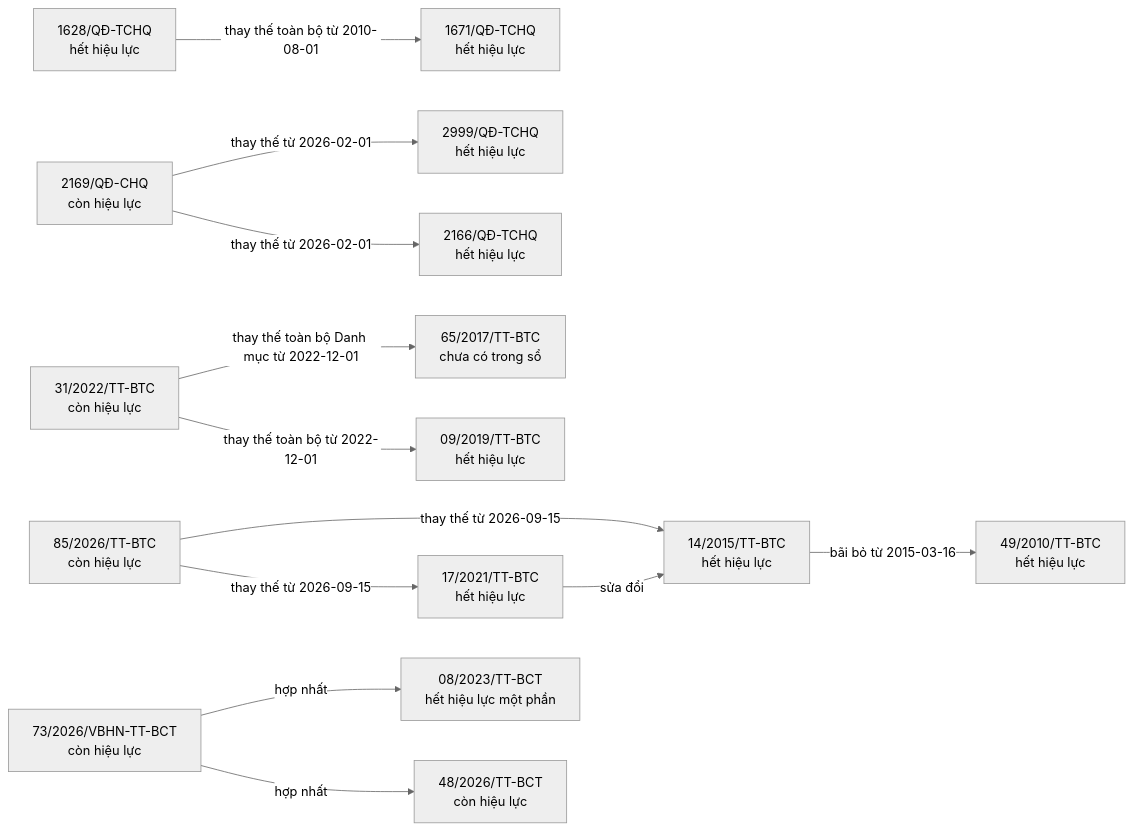
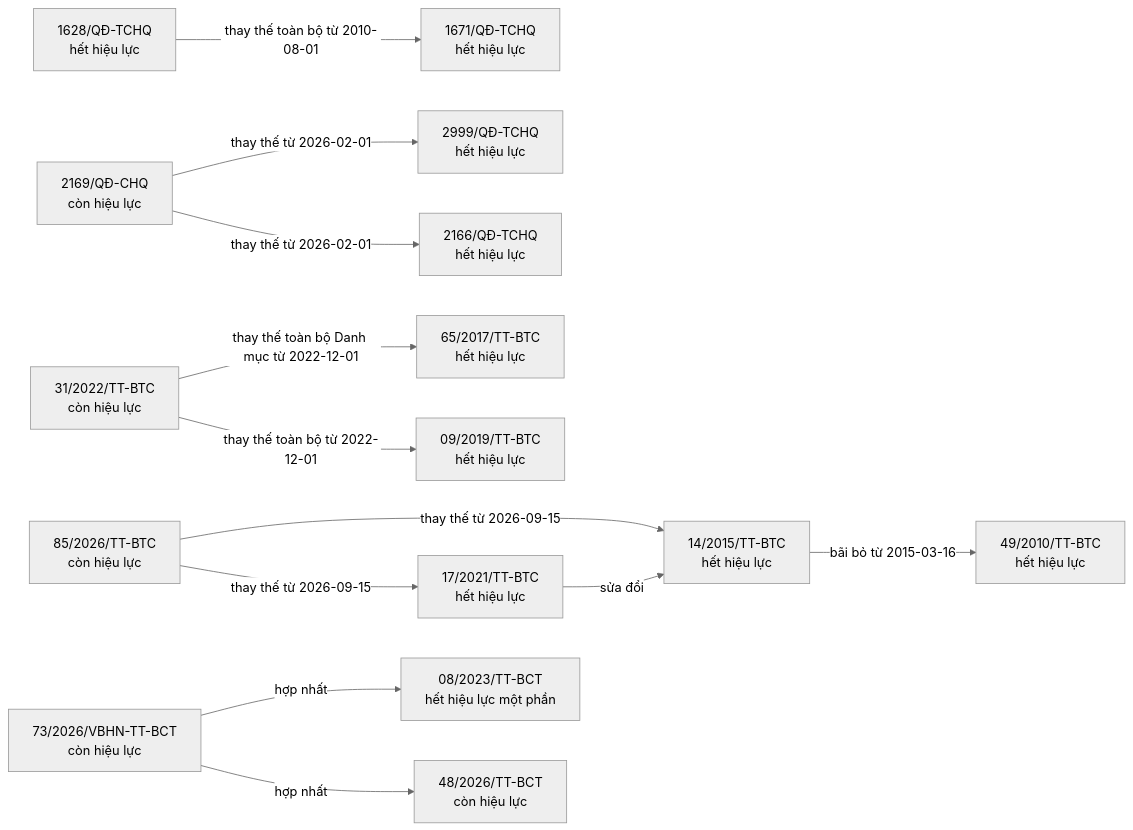
Before and after one commit to ozvietnam/oz-wiki-plhq: the fifth of 10 diagrams in bao-cao/quan-he.md, drawn with Mermaid (neutral theme). The commit also changed other lines of this file and 5 other files, not shown here.

````diff
--- a/bao-cao/quan-he.md
+++ b/bao-cao/quan-he.md
@@ -369,29 +369,29 @@
 ```mermaid
 flowchart LR
   n_14_2015_TT_BTC["14/2015/TT-BTC<br/>hết hiệu lực"]
   n_49_2010_TT_BTC["49/2010/TT-BTC<br/>hết hiệu lực"]
   n_1628_Q__TCHQ["1628/QĐ-TCHQ<br/>hết hiệu lực"]
   n_1671_Q__TCHQ["1671/QĐ-TCHQ<br/>hết hiệu lực"]
   n_17_2021_TT_BTC["17/2021/TT-BTC<br/>hết hiệu lực"]
   n_2169_Q__CHQ["2169/QĐ-CHQ<br/>còn hiệu lực"]
   n_2999_Q__TCHQ["2999/QĐ-TCHQ<br/>hết hiệu lực"]
   n_2166_Q__TCHQ["2166/QĐ-TCHQ<br/>hết hiệu lực"]
   n_31_2022_TT_BTC["31/2022/TT-BTC<br/>còn hiệu lực"]
-  n_65_2017_TT_BTC["65/2017/TT-BTC<br/>chưa có trong sổ"]
+  n_65_2017_TT_BTC["65/2017/TT-BTC<br/>hết hiệu lực"]
   n_09_2019_TT_BTC["09/2019/TT-BTC<br/>hết hiệu lực"]
   n_73_2026_VBHN_TT_BCT["73/2026/VBHN-TT-BCT<br/>còn hiệu lực"]
   n_08_2023_TT_BCT["08/2023/TT-BCT<br/>hết hiệu lực một phần"]
   n_48_2026_TT_BCT["48/2026/TT-BCT<br/>còn hiệu lực"]
   n_85_2026_TT_BTC["85/2026/TT-BTC<br/>còn hiệu lực"]
   n_14_2015_TT_BTC -->|bãi bỏ từ 2015-03-16| n_49_2010_TT_BTC
   n_1628_Q__TCHQ -->|thay thế toàn bộ từ 2010-08-01| n_1671_Q__TCHQ
   n_17_2021_TT_BTC -->|sửa đổi| n_14_2015_TT_BTC
   n_2169_Q__CHQ -->|thay thế từ 2026-02-01| n_2999_Q__TCHQ
   n_2169_Q__CHQ -->|thay thế từ 2026-02-01| n_2166_Q__TCHQ
   n_31_2022_TT_BTC -->|thay thế toàn bộ Danh mục từ 2022-12-01| n_65_2017_TT_BTC
   n_31_2022_TT_BTC -->|thay thế toàn bộ từ 2022-12-01| n_09_2019_TT_BTC
   n_73_2026_VBHN_TT_BCT -->|hợp nhất| n_08_2023_TT_BCT
   n_73_2026_VBHN_TT_BCT -->|hợp nhất| n_48_2026_TT_BCT
   n_85_2026_TT_BTC -->|thay thế từ 2026-09-15| n_14_2015_TT_BTC
   n_85_2026_TT_BTC -->|thay thế từ 2026-09-15| n_17_2021_TT_BTC
 ```
````
